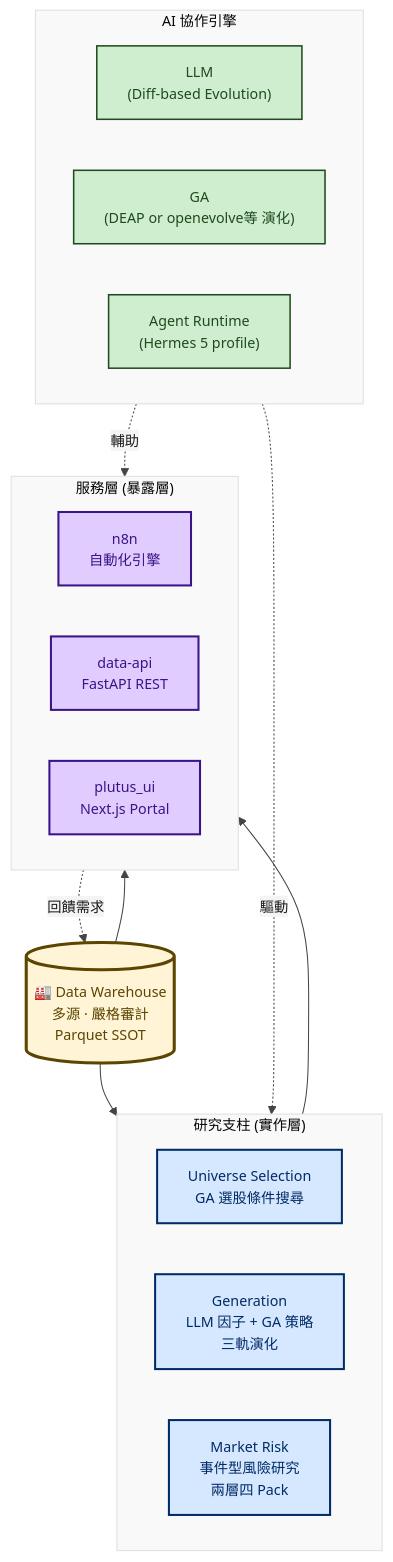
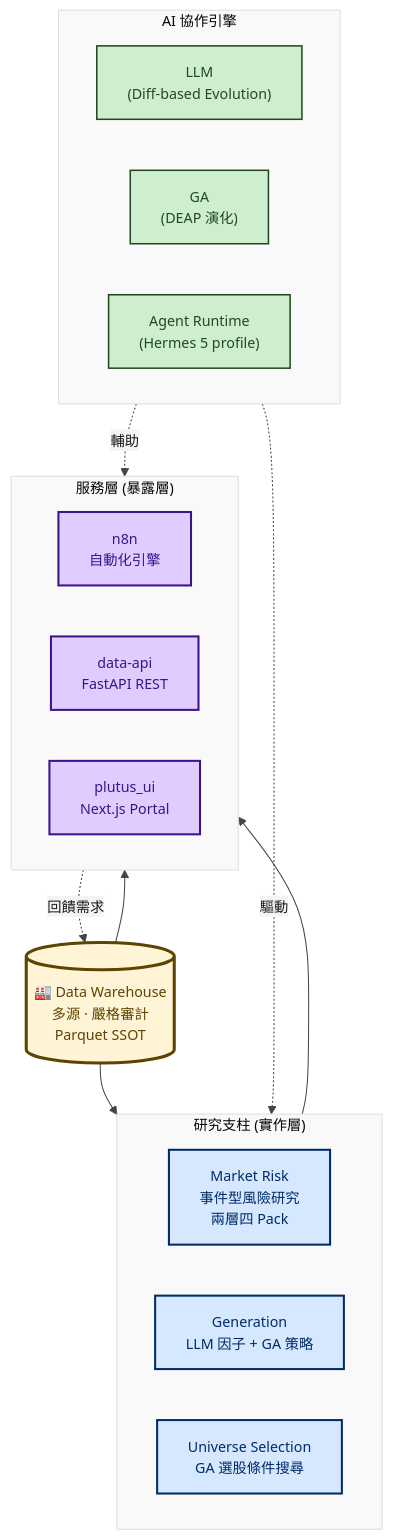
The diagram in README.md (Jang-jhih/quant-interview-prep), drawn with Mermaid before and after one commit. The commit also changed other lines of this file and 12 other files, not shown here.

````diff
--- a/README.md
+++ b/README.md
@@ -81,38 +100,38 @@
 ```mermaid
 %%{init: {'theme':'base', 'themeVariables': {'primaryColor':'#ececec','primaryTextColor':'#1a1a1a','primaryBorderColor':'#555555','lineColor':'#444444','secondaryColor':'#f4f4f4','fontSize':'14px'}}}%%
 flowchart TB
     classDef core fill:#fff4d6,stroke:#5c4500,stroke-width:3px,color:#5c4500
     classDef research fill:#d6e8ff,stroke:#002b66,stroke-width:2px,color:#002b66
     classDef expose fill:#e0ccff,stroke:#3a1488,stroke-width:2px,color:#3a1488
     classDef ai fill:#cfeecf,stroke:#1f4a1f,stroke-width:1.5px,color:#1f4a1f
 
     WH[("🏭 Data Warehouse<br/>多源 · 嚴格審計<br/>Parquet SSOT")]:::core
 
     subgraph AI["AI 協作引擎"]
         direction LR
         LLM["LLM<br/>(Diff-based Evolution)"]:::ai
-        GA["GA<br/>(DEAP or openevolve等 演化)"]:::ai
+        GA["GA<br/>(DEAP 演化)"]:::ai
         HERMES["Agent Runtime<br/>(Hermes 5 profile)"]:::ai
     end
 
     subgraph RS["研究支柱 (實作層)"]
         direction LR
-        UNI["Universe Selection<br/>GA 選股條件搜尋<br/>"]:::research
-        GEN["Generation<br/>LLM 因子 + GA 策略<br/>三軌演化"]:::research
         RISK["Market Risk<br/>事件型風險研究<br/>兩層四 Pack"]:::research
+        GEN["Generation<br/>LLM 因子 + GA 策略"]:::research
+        UNI["Universe Selection<br/>GA 選股條件搜尋"]:::research
     end
 
     subgraph SV["服務層 (暴露層)"]
         direction LR
         N8N["n8n<br/>自動化引擎"]:::expose
         API["data-api<br/>FastAPI REST"]:::expose
         UI["plutus_ui<br/>Next.js Portal"]:::expose
     end
 
     WH --> RS
     WH --> SV
     AI -.驅動.-> RS
     AI -.輔助.-> SV
     RS --> SV
     SV -.回饋需求.-> WH
 ```
````
